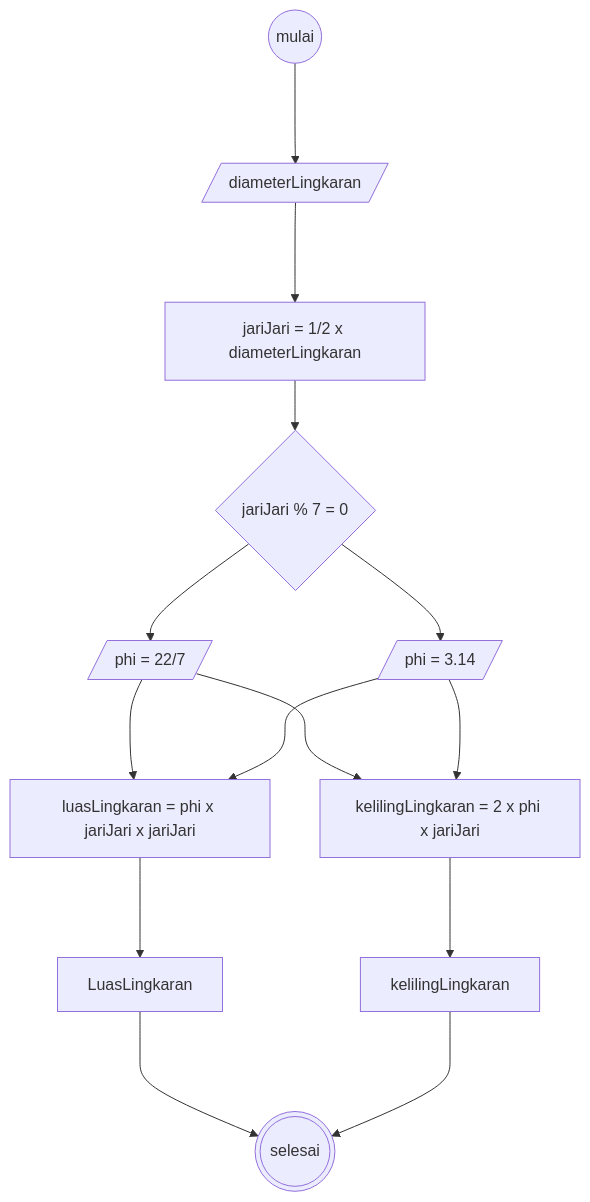
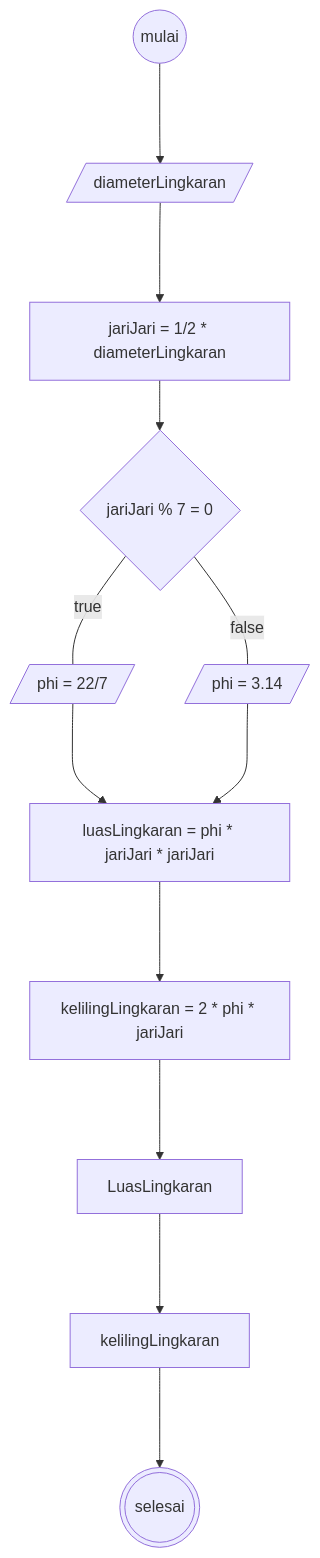
One commit to VirgilIw/koda-b4-algoritma changed the diagram in minitask5.md. Above: the diagram before and after it, drawn with Mermaid.

````diff
--- a/minitask5.md
+++ b/minitask5.md
@@ -1,24 +1,21 @@
 ```mermaid
 flowchart TB
 circle((mulai)) --->data[/diameterLingkaran/]
 
 
 jari --> phi{jariJari % 7 = 0}
-phi --> phi1[/phi = 22/7/]
-phi --> phi2[/phi = 3.14/]
+phi -- true ---phi1[/phi = 22/7/]
+phi -- false ---phi2[/phi = 3.14/]
 
 
-data---> jari[jariJari = 1/2 x diameterLingkaran]
-phi1 --->luas[luasLingkaran = phi x jari - jari x jari - jari]
+data---> jari[jariJari = 1/2 * diameterLingkaran]
+phi1 --->luas[luasLingkaran = phi * jariJari * jariJari]
+phi2 --->luas[luasLingkaran = phi * jariJari * jariJari]
 
-phi1 --->keliling[kelilingLingkaran = 2 x phi x jari - jari]
-phi2 --->luas[luasLingkaran = phi x jariJari x jariJari]
+luas --->keliling[kelilingLingkaran = 2 * phi * jariJari]
 
-phi2 --->keliling[kelilingLingkaran = 2 x phi x jariJari]
+keliling ---> hasil1[LuasLingkaran]
+hasil1---> hasil2[kelilingLingkaran]
 
-luas ---> hasil1[LuasLingkaran]
-keliling---> hasil2[kelilingLingkaran]
-
-hasil1---> selesai(((selesai)))
 hasil2---> selesai(((selesai)))
 ```
````
